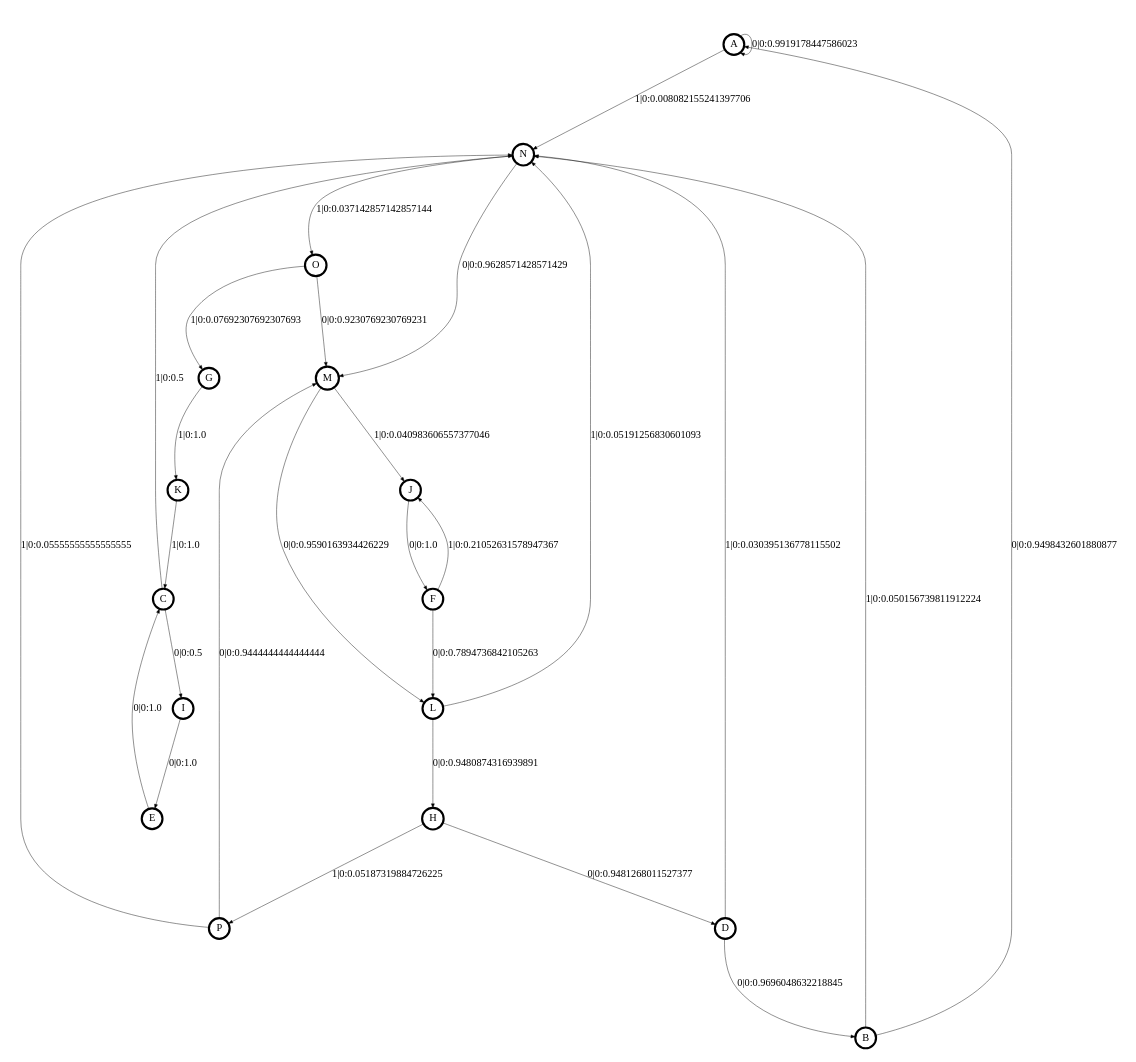
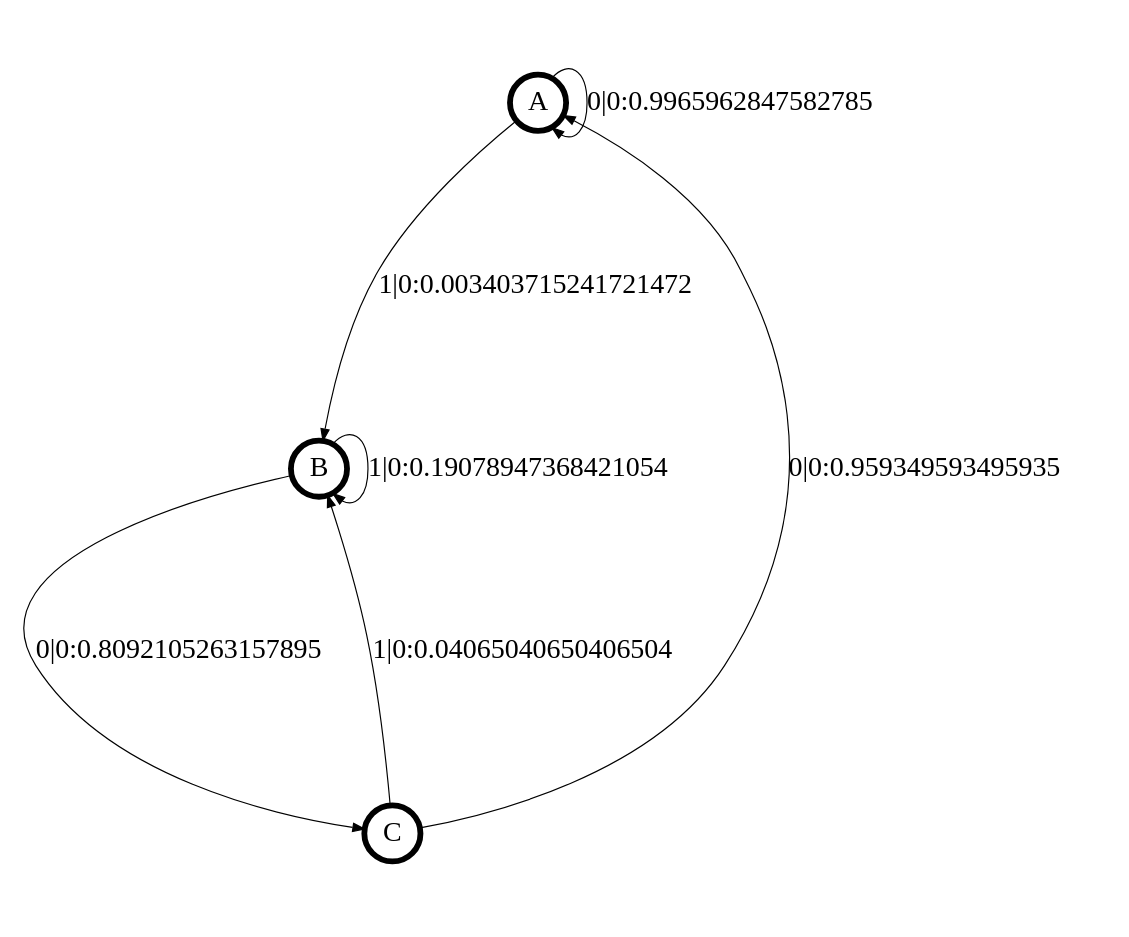
The diagram in transCSSR-master/transCSSR_results/+user6.dot (OdalysBar/HonorsThesis-TikTok), drawn with Graphviz before and after one commit. The commit also changed 275 other files, not shown here.

```diff
--- a/transCSSR-master/transCSSR_results/+user6.dot
+++ b/transCSSR-master/transCSSR_results/+user6.dot
@@ -1,39 +1,18 @@
 digraph  {
 size = "6,8.5";
 ratio = "fill";
 node
 [shape = circle];
 node [fontsize = 24];
 node [penwidth = 5];
 edge [fontsize = 24];
 node [fontname = "CMU Serif Roman"];
 graph [fontname = "CMU Serif Roman"];
 edge [fontname = "CMU Serif Roman"];
-A -> A [label = "0|0:0.9919178447586023\l"];
-A -> N [label = "1|0:0.008082155241397706\l"];
-B -> A [label = "0|0:0.9498432601880877\l"];
-B -> N [label = "1|0:0.050156739811912224\l"];
-C -> I [label = "0|0:0.5\l"];
-C -> N [label = "1|0:0.5\l"];
-D -> B [label = "0|0:0.9696048632218845\l"];
-D -> N [label = "1|0:0.030395136778115502\l"];
-E -> C [label = "0|0:1.0\l"];
-F -> J [label = "1|0:0.21052631578947367\l"];
-F -> L [label = "0|0:0.7894736842105263\l"];
-G -> K [label = "1|0:1.0\l"];
-H -> D [label = "0|0:0.9481268011527377\l"];
-H -> P [label = "1|0:0.05187319884726225\l"];
-I -> E [label = "0|0:1.0\l"];
-J -> F [label = "0|0:1.0\l"];
-K -> C [label = "1|0:1.0\l"];
-L -> H [label = "0|0:0.9480874316939891\l"];
-L -> N [label = "1|0:0.05191256830601093\l"];
-M -> J [label = "1|0:0.040983606557377046\l"];
-M -> L [label = "0|0:0.9590163934426229\l"];
-N -> M [label = "0|0:0.9628571428571429\l"];
-N -> O [label = "1|0:0.037142857142857144\l"];
-O -> G [label = "1|0:0.07692307692307693\l"];
-O -> M [label = "0|0:0.9230769230769231\l"];
-P -> M [label = "0|0:0.9444444444444444\l"];
-P -> N [label = "1|0:0.05555555555555555\l"];
+A -> A [label = "0|0:0.9965962847582785\l"];
+A -> B [label = "1|0:0.003403715241721472\l"];
+B -> B [label = "1|0:0.19078947368421054\l"];
+B -> C [label = "0|0:0.8092105263157895\l"];
+C -> A [label = "0|0:0.959349593495935\l"];
+C -> B [label = "1|0:0.04065040650406504\l"];
 }
```
